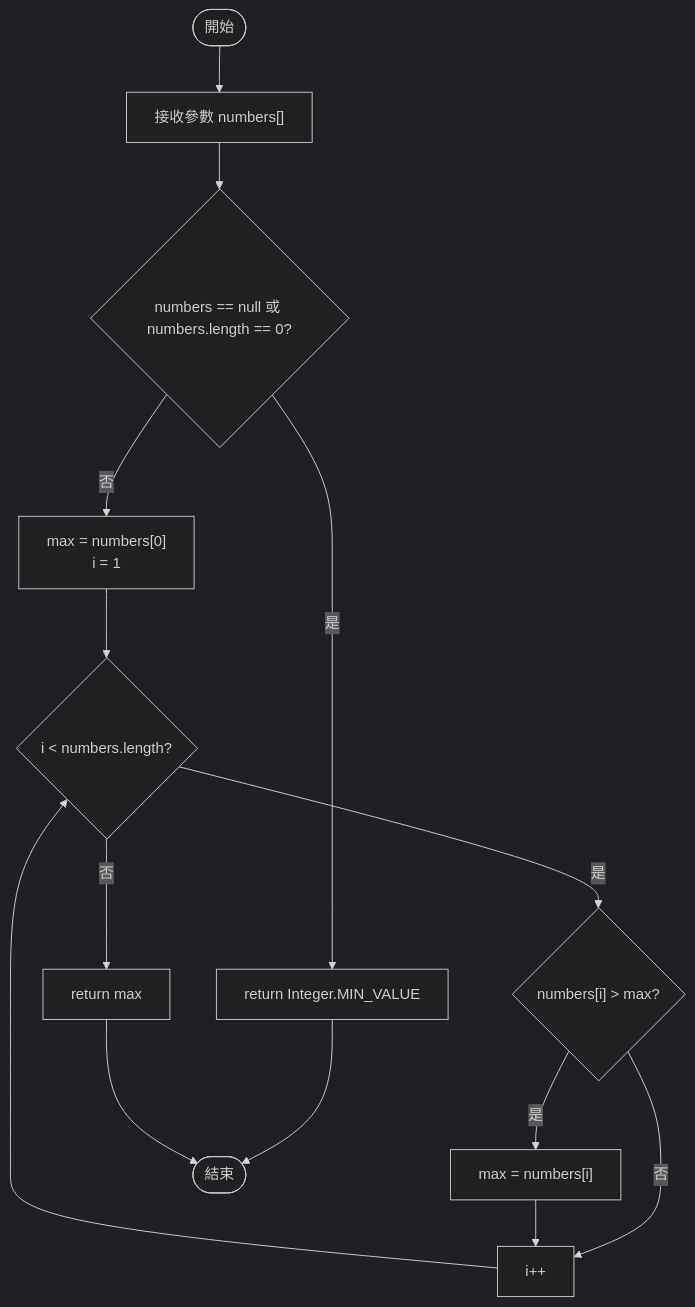
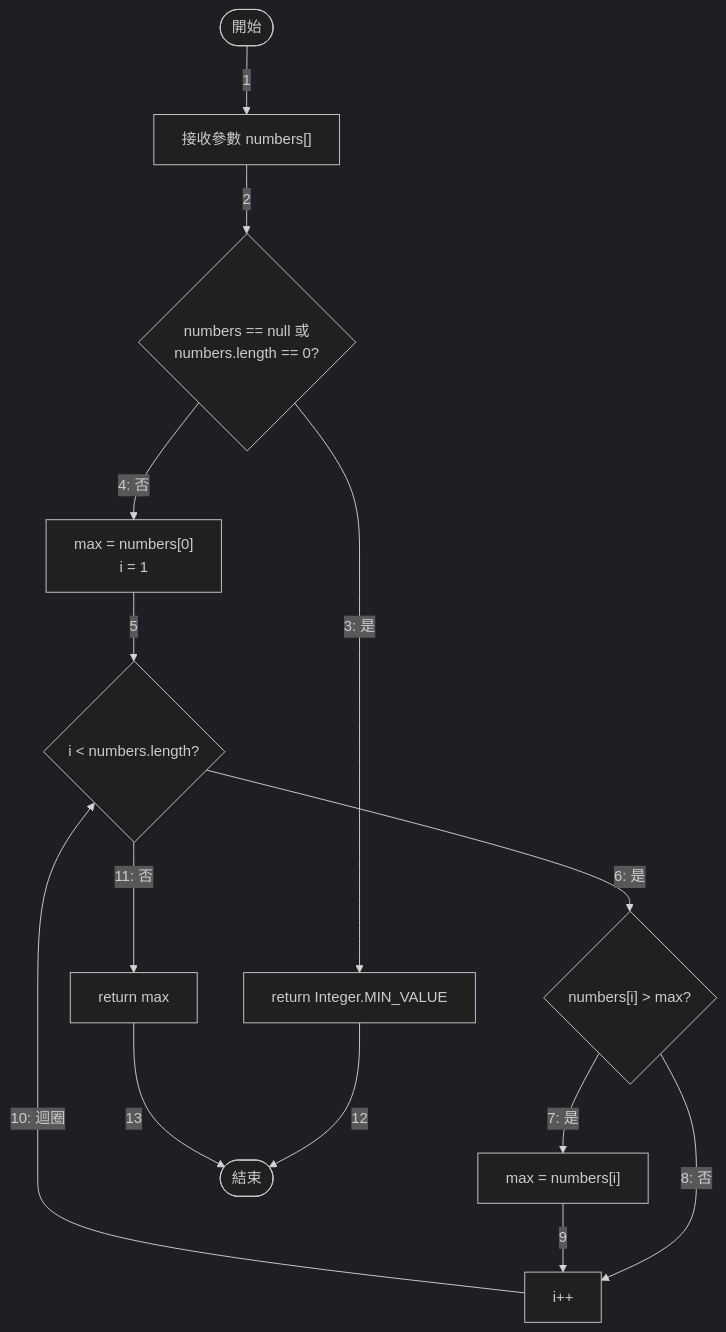
The third of 7 diagrams in test_report_flow.md (leecheenbao/ntou-sfm-homework), drawn with Mermaid (dark theme) before and after one commit. The commit also changed other lines of this file, not shown here.

Commit message:
update: test flow

````diff
--- a/test_report_flow.md
+++ b/test_report_flow.md
@@ -44,16 +68,16 @@
 ```mermaid
 flowchart TD
-    Start([開始]) --> Input["接收參數 numbers[]"]
-    Input --> CheckNull{"numbers == null 或 numbers.length == 0?"}
-    CheckNull -->|是| ReturnMin["return Integer.MIN_VALUE"]
-    CheckNull -->|否| Init["max = numbers[0]<br/>i = 1"]
-    Init --> LoopCheck{"i < numbers.length?"}
-    LoopCheck -->|是| CheckMax{"numbers[i] > max?"}
-    CheckMax -->|是| UpdateMax["max = numbers[i]"]
-    CheckMax -->|否| IncI["i++"]
-    UpdateMax --> IncI
-    IncI --> LoopCheck
-    LoopCheck -->|否| ReturnMax["return max"]
-    ReturnMin --> End([結束])
-    ReturnMax --> End
+    Start([開始]) -->|1| Input["接收參數 numbers[]"]
+    Input -->|2| CheckNull{"numbers == null 或<br/>numbers.length == 0?"}
+    CheckNull -->|3: 是| ReturnMin["return Integer.MIN_VALUE"]
+    CheckNull -->|4: 否| Init["max = numbers[0]<br/>i = 1"]
+    Init -->|5| LoopCheck{"i < numbers.length?"}
+    LoopCheck -->|6: 是| CheckMax{"numbers[i] > max?"}
+    CheckMax -->|7: 是| UpdateMax["max = numbers[i]"]
+    CheckMax -->|8: 否| IncI["i++"]
+    UpdateMax -->|9| IncI
+    IncI -->|10: 迴圈| LoopCheck
+    LoopCheck -->|11: 否| ReturnMax["return max"]
+    ReturnMin -->|12| End([結束])
+    ReturnMax -->|13| End
 ```
````
